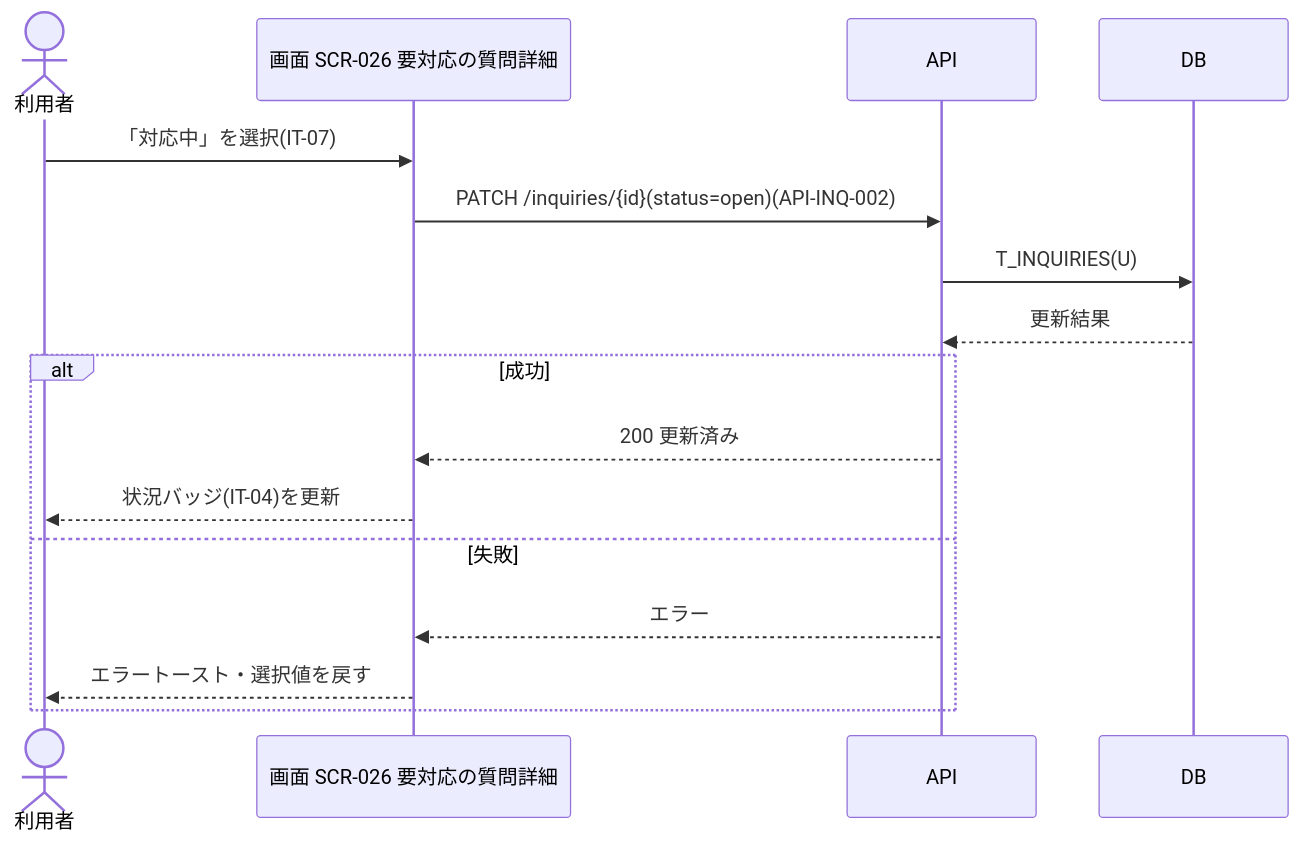
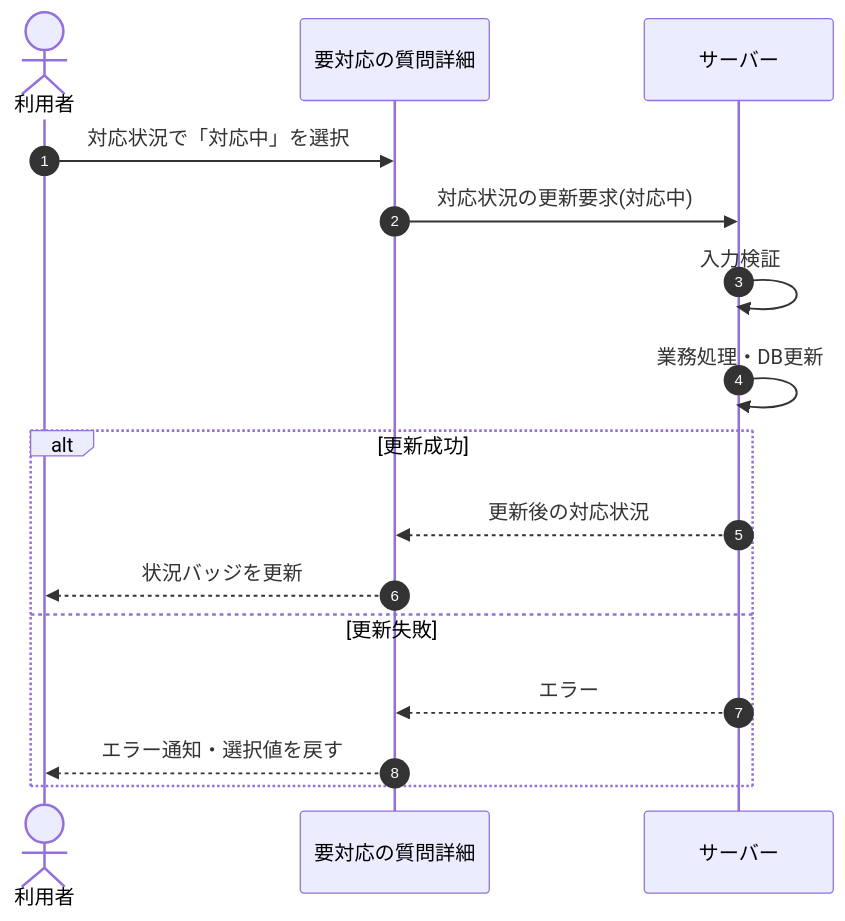
Before and after one commit to sikakou54/open-faq: the diagram in 02_basic_design/05_sequences/SEQ-022.md, drawn with Mermaid. The commit also changed other lines of this file and 108 other files, not shown here.

First line of the commit message:
基本設計: シーケンス図を基本設計粒度(ユーザー/画面/サーバー)へ再編成

````diff
--- a/02_basic_design/05_sequences/SEQ-022.md
+++ b/02_basic_design/05_sequences/SEQ-022.md
@@ -25,18 +32,18 @@
 ```mermaid
 sequenceDiagram
+  autonumber
   actor U as 利用者
-  participant S as 画面 SCR-026 要対応の質問詳細
-  participant API as API
-  participant DB as DB
-  U->>S: 「対応中」を選択(IT-07)
-  S->>API: PATCH /inquiries/{id}(status=open)(API-INQ-002)
-  API->>DB: T_INQUIRIES(U)
-  DB-->>API: 更新結果
-  alt 成功
-    API-->>S: 200 更新済み
-    S-->>U: 状況バッジ(IT-04)を更新
-  else 失敗
-    API-->>S: エラー
-    S-->>U: エラートースト・選択値を戻す
+  participant Screen as 要対応の質問詳細
+  participant Server as サーバー
+  U->>Screen: 対応状況で「対応中」を選択
+  Screen->>Server: 対応状況の更新要求(対応中)
+  Server->>Server: 入力検証
+  Server->>Server: 業務処理・DB更新
+  alt 更新成功
+    Server-->>Screen: 更新後の対応状況
+    Screen-->>U: 状況バッジを更新
+  else 更新失敗
+    Server-->>Screen: エラー
+    Screen-->>U: エラー通知・選択値を戻す
   end
 ```
````
